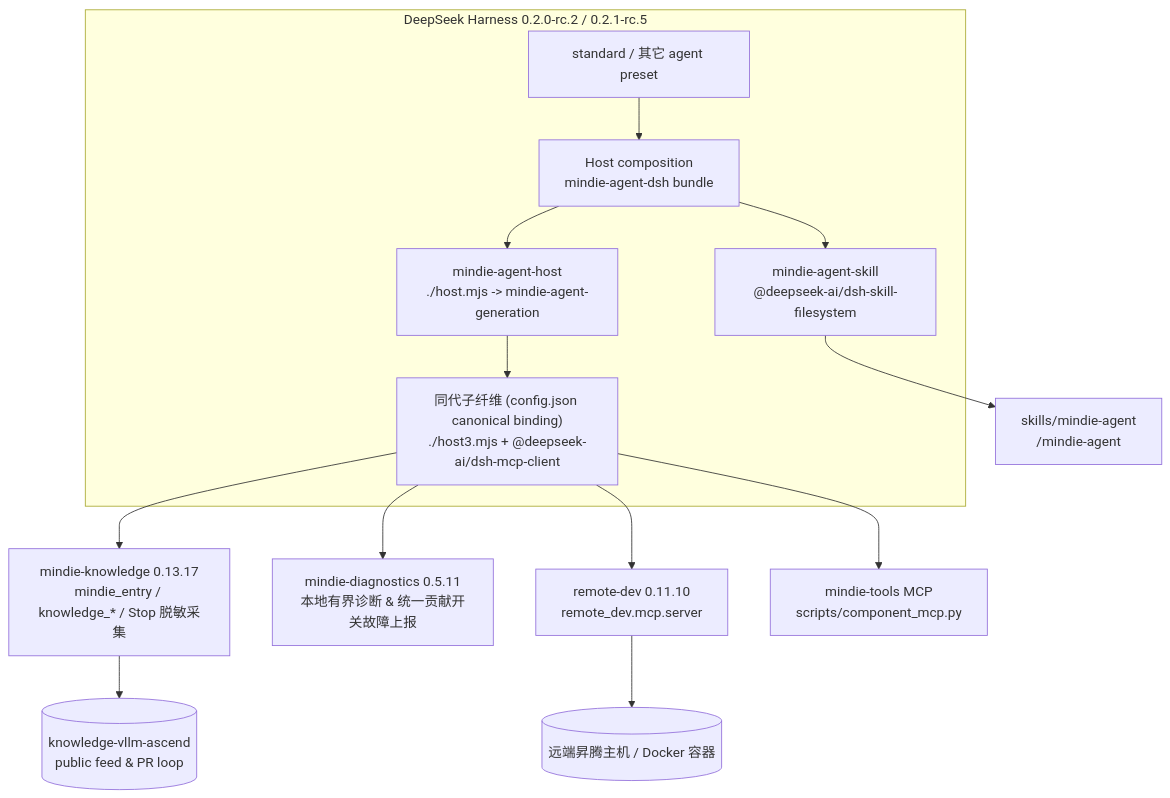
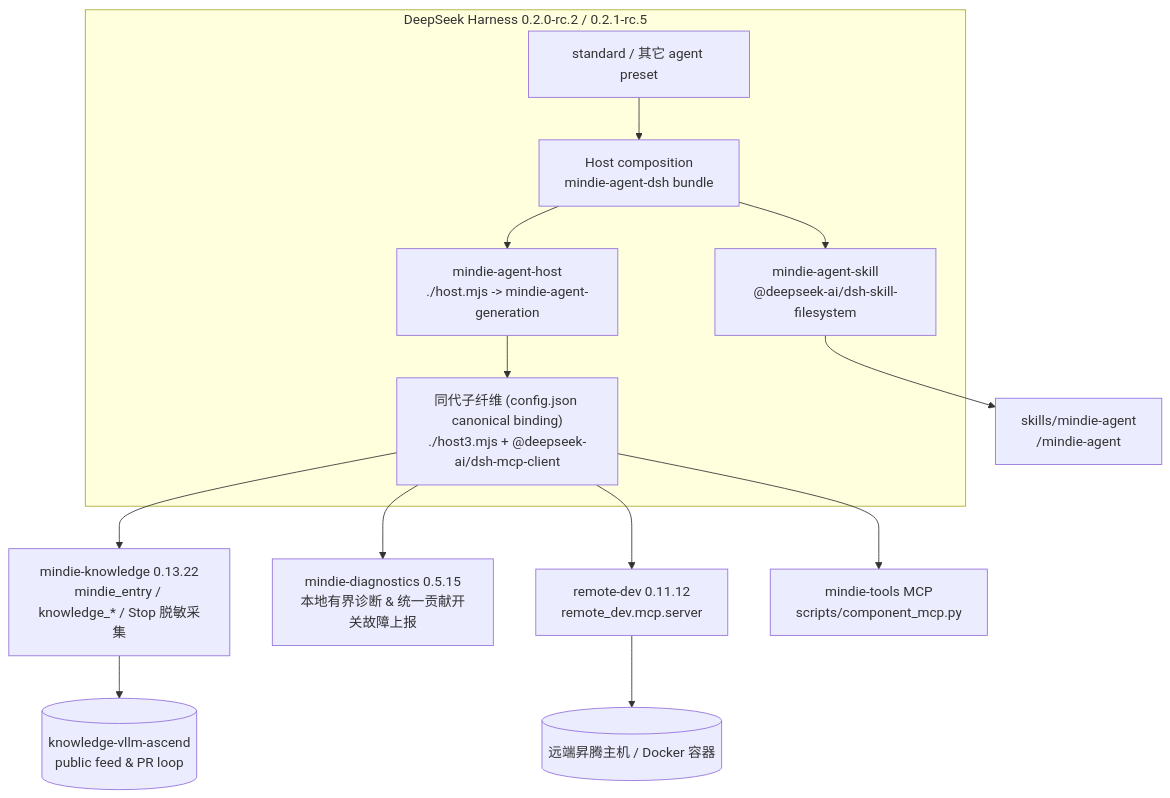
Before and after one commit to mindie-agent/mindie-agent-dsh: the diagram in README.md, drawn with Mermaid. The commit also changed other lines of this file and 33 other files, not shown here.

````diff
--- a/README.md
+++ b/README.md
@@ -169,21 +169,21 @@
 ```mermaid
 flowchart TB
   subgraph DSH["DeepSeek Harness 0.2.0-rc.2 / 0.2.1-rc.5"]
     HOST["Host composition<br/>mindie-agent-dsh bundle"]
     STD["standard / 其它 agent preset"]
     SKILL["mindie-agent-skill<br/>@deepseek-ai/dsh-skill-filesystem"]
     HPLUG["mindie-agent-host<br/>./host.mjs -> mindie-agent-generation"]
     GEN["同代子纤维 (config.json canonical binding)<br/>./host3.mjs + @deepseek-ai/dsh-mcp-client"]
     STD --> HOST
     HOST --> SKILL
     HOST --> HPLUG
     HPLUG --> GEN
   end
   SKILL --> SK["skills/mindie-agent<br/>/mindie-agent"]
-  GEN --> KS["mindie-knowledge 0.13.17<br/>mindie_entry / knowledge_* / Stop 脱敏采集"]
-  GEN --> DIAG["mindie-diagnostics 0.5.11<br/>本地有界诊断 & 统一贡献开关故障上报"]
+  GEN --> KS["mindie-knowledge 0.13.22<br/>mindie_entry / knowledge_* / Stop 脱敏采集"]
+  GEN --> DIAG["mindie-diagnostics 0.5.15<br/>本地有界诊断 & 统一贡献开关故障上报"]
   KS --> FEED[("knowledge-vllm-ascend<br/>public feed & PR loop")]
-  GEN --> RD["remote-dev 0.11.10<br/>remote_dev.mcp.server"]
+  GEN --> RD["remote-dev 0.11.12<br/>remote_dev.mcp.server"]
   GEN --> MT["mindie-tools MCP<br/>scripts/component_mcp.py"]
   RD --> NPU[("远端昇腾主机 / Docker 容器")]
 ```
````
